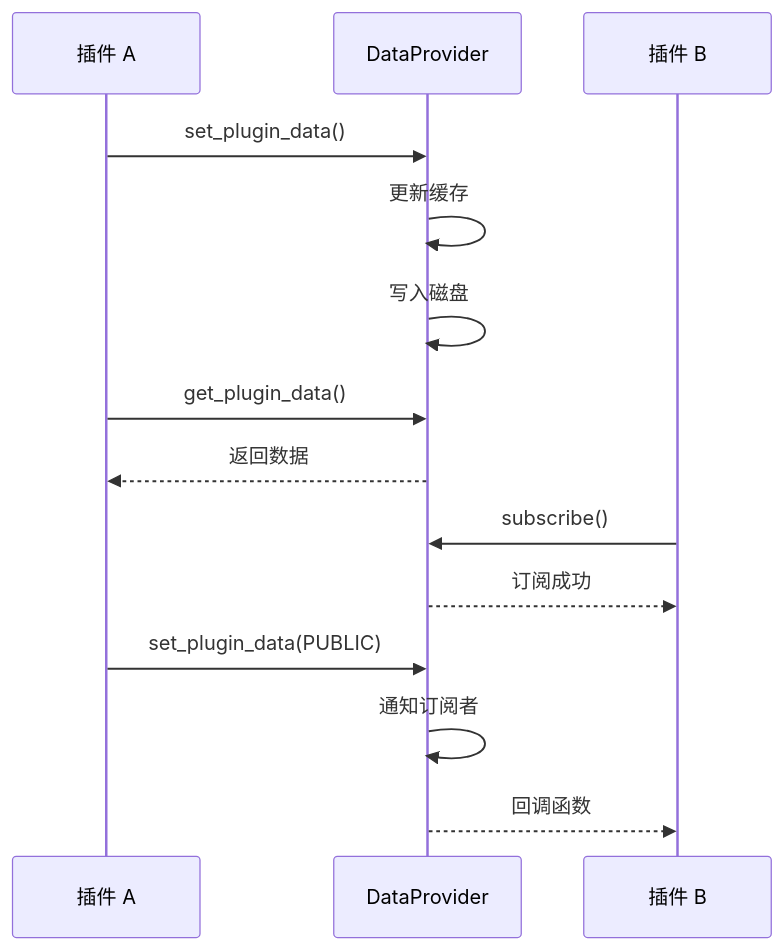
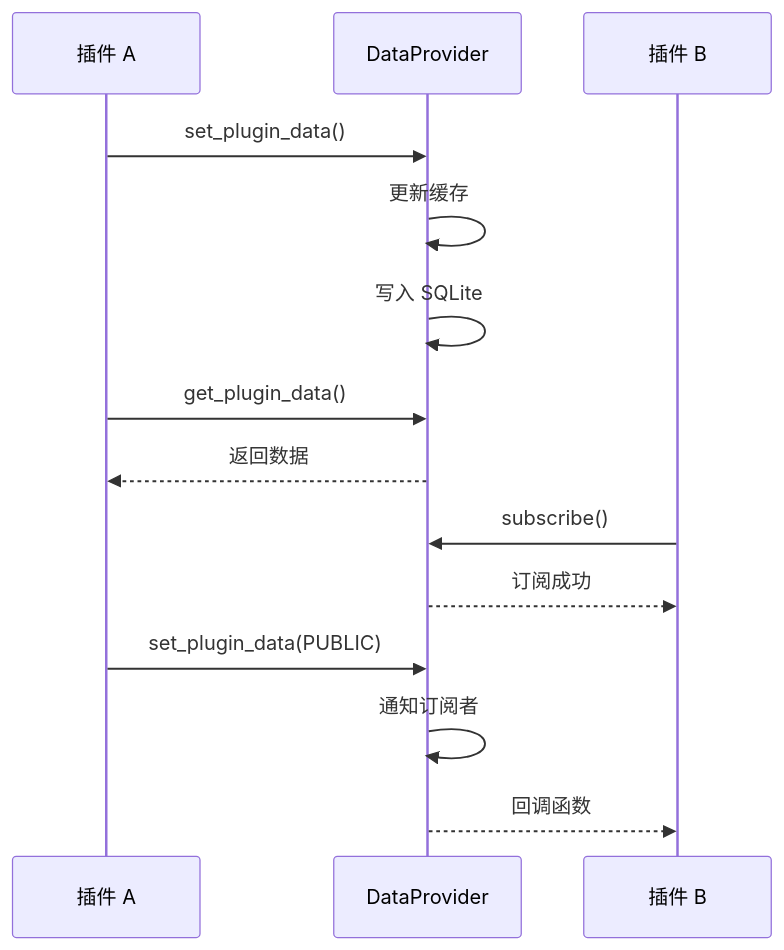
The second of 4 diagrams in docs/architecture/overview.md (KKPIP-Tech/InstructionX), drawn with Mermaid before and after one commit. The commit also changed other lines of this file and 24 other files, not shown here.

````diff
--- a/docs/architecture/overview.md
+++ b/docs/architecture/overview.md
@@ -266,18 +270,18 @@
 ```mermaid
 sequenceDiagram
     participant A as 插件 A
     participant DP as DataProvider
     participant B as 插件 B
 
     A->>DP: set_plugin_data()
     DP->>DP: 更新缓存
-    DP->>DP: 写入磁盘
+    DP->>DP: 写入 SQLite
     A->>DP: get_plugin_data()
     DP-->>A: 返回数据
 
     B->>DP: subscribe()
     DP-->>B: 订阅成功
     A->>DP: set_plugin_data(PUBLIC)
     DP->>DP: 通知订阅者
     DP-->>B: 回调函数
 ```
````
